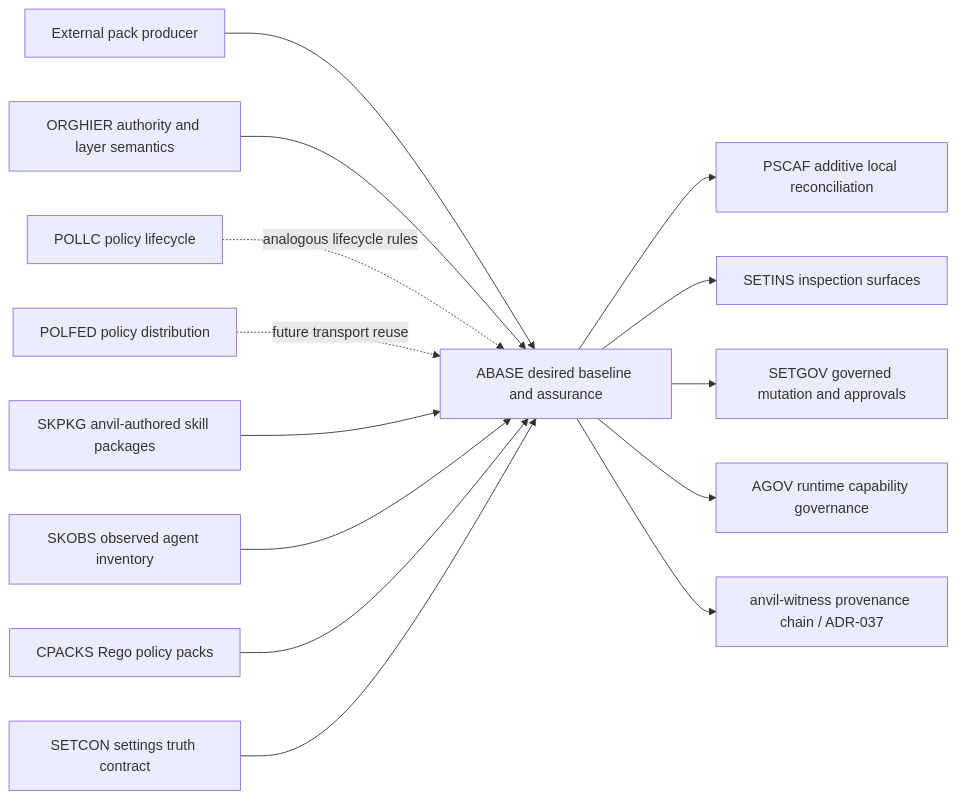
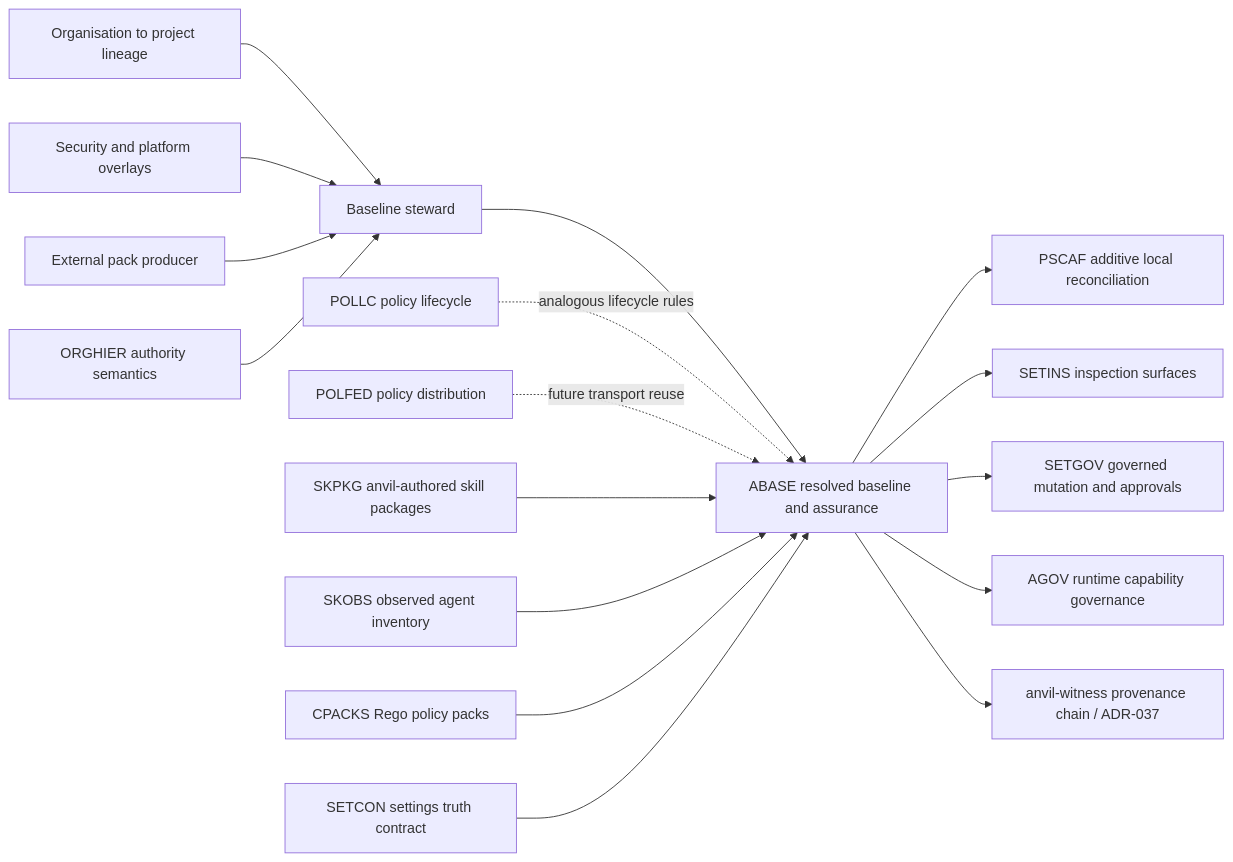
One commit to eddacraft/eddacraft-tui changed the diagram in plans/modules/agent-baseline-assurance.aps.md. Above: the diagram before and after it, drawn with Mermaid. The commit also changed other lines of this file and 4 other files, not shown here.

````diff
--- a/plans/modules/agent-baseline-assurance.aps.md
+++ b/plans/modules/agent-baseline-assurance.aps.md
@@ -161,16 +213,19 @@
 ```mermaid
 flowchart LR
-  Producer[External pack producer] --> ABASE[ABASE desired baseline and assurance]
-  ORGHIER[ORGHIER authority and layer semantics] --> ABASE
+  Structural[Organisation to project lineage] --> Steward[Baseline steward]
+  Functional[Security and platform overlays] --> Steward
+  Producer[External pack producer] --> Steward
+  Steward --> ABASE[ABASE resolved baseline and assurance]
+  ORGHIER[ORGHIER authority semantics] --> Steward
   POLLC[POLLC policy lifecycle] -. analogous lifecycle rules .-> ABASE
   POLFED[POLFED policy distribution] -. future transport reuse .-> ABASE
   SKPKG[SKPKG anvil-authored skill packages] --> ABASE
   SKOBS[SKOBS observed agent inventory] --> ABASE
   CPACKS[CPACKS Rego policy packs] --> ABASE
   SETCON[SETCON settings truth contract] --> ABASE
   ABASE --> PSCAF[PSCAF additive local reconciliation]
   ABASE --> SETINS[SETINS inspection surfaces]
   ABASE --> SETGOV[SETGOV governed mutation and approvals]
   ABASE --> AGOV[AGOV runtime capability governance]
   ABASE --> WITNESS[anvil-witness provenance chain / ADR-037]
 ```
````
